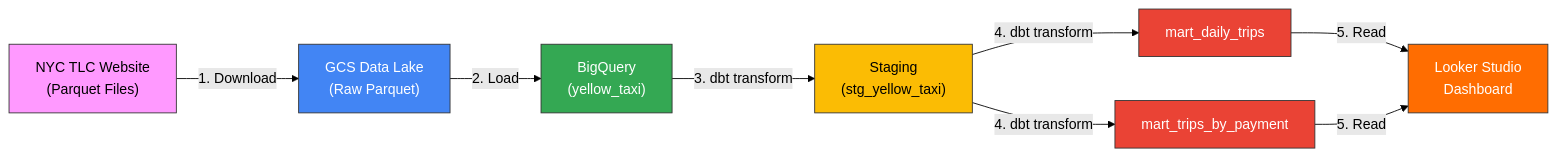
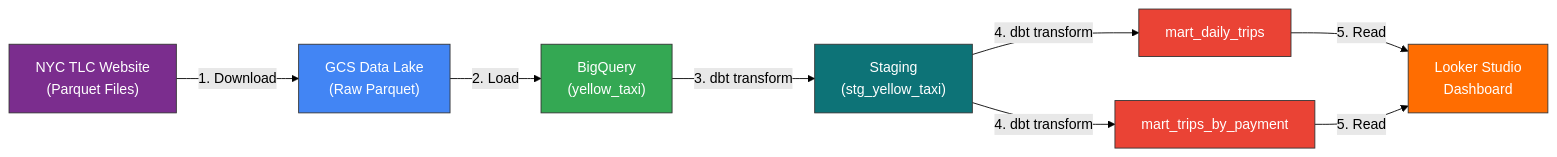
The diagram in README.md (dboyraz/NYC-Taxi-Data-Pipeline), drawn with Mermaid (forest theme) before and after one commit.

Commit message:
Fix Mermaid diagram colors for better readability

````diff
--- a/README.md
+++ b/README.md
@@ -13,18 +13,18 @@
 ```mermaid
 graph LR
     A["NYC TLC Website\n(Parquet Files)"] -->|"1. Download"| B["GCS Data Lake\n(Raw Parquet)"]
     B -->|"2. Load"| C["BigQuery\n(yellow_taxi)"]
     C -->|"3. dbt transform"| D["Staging\n(stg_yellow_taxi)"]
     D -->|"4. dbt transform"| E["mart_daily_trips"]
     D -->|"4. dbt transform"| F["mart_trips_by_payment"]
     E -->|"5. Read"| G["Looker Studio\nDashboard"]
     F -->|"5. Read"| G
 
-    style A fill:#f9f,stroke:#333
+    style A fill:#7B2D8E,stroke:#333,color:#fff
     style B fill:#4285F4,stroke:#333,color:#fff
     style C fill:#34A853,stroke:#333,color:#fff
-    style D fill:#FBBC04,stroke:#333
+    style D fill:#0D7377,stroke:#333,color:#fff
     style E fill:#EA4335,stroke:#333,color:#fff
     style F fill:#EA4335,stroke:#333,color:#fff
     style G fill:#ff6d01,stroke:#333,color:#fff
 ```
````
